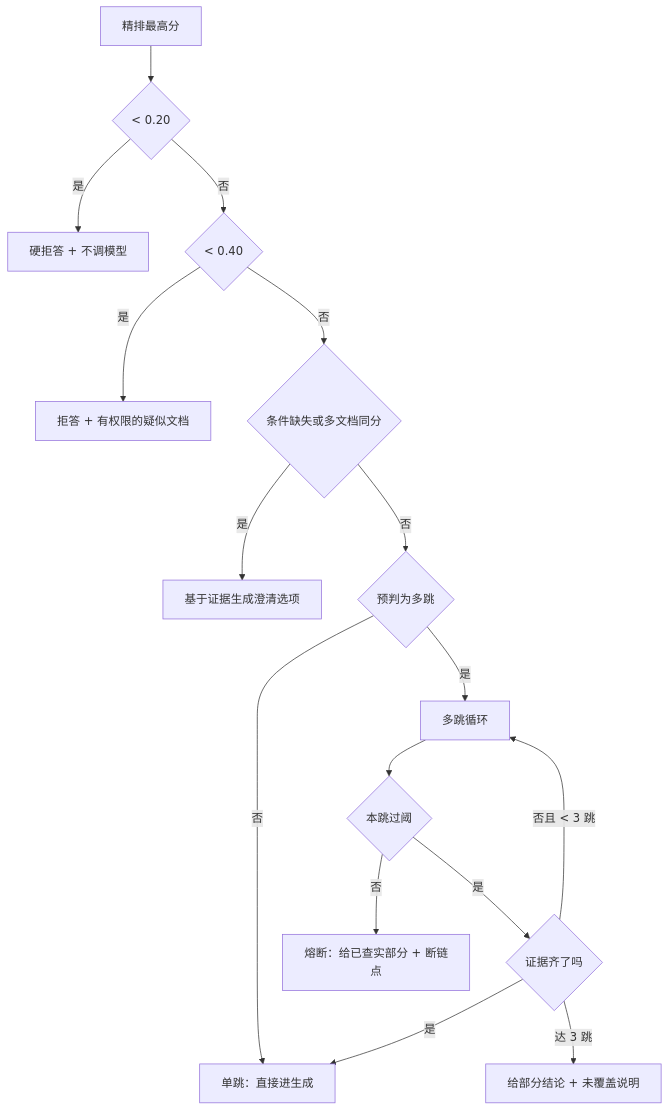
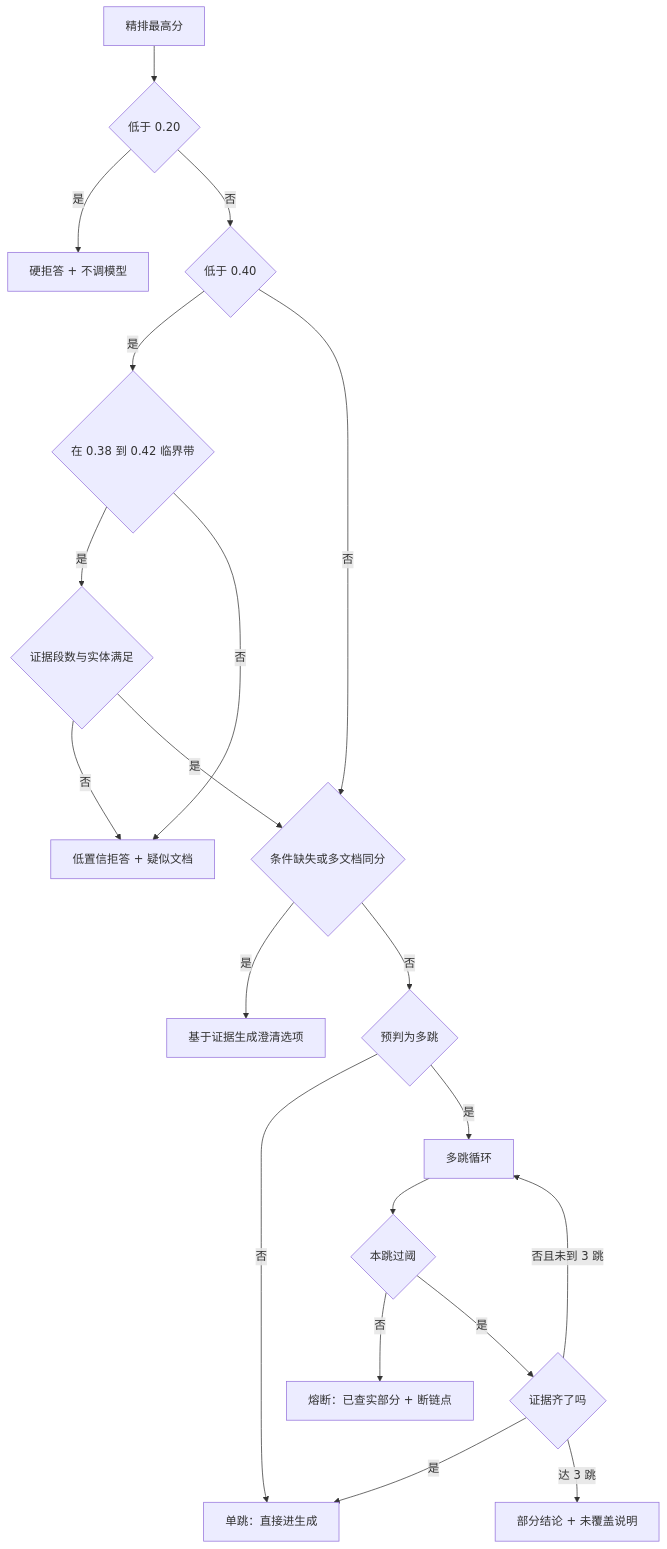
One commit to kvchen95/ai-rag changed diagram 12 of 16 in 详细设计.md. Above: the diagram before and after it, drawn with Mermaid. The commit also changed other lines of this file and 4 other files, not shown here.

First line of the commit message:
docs: 按当前实现重写架构图集、概要设计与详细设计

````diff
--- a/详细设计.md
+++ b/详细设计.md
@@ -631,18 +683,22 @@
 ```mermaid
 flowchart TD
-    S["精排最高分"] --> A{"< 0.20"}
+    S["精排最高分"] --> A{"低于 0.20"}
     A -- 是 --> R1["硬拒答 + 不调模型"]
-    A -- 否 --> B{"< 0.40"}
-    B -- 是 --> R2["拒答 + 有权限的疑似文档"]
+    A -- 否 --> B{"低于 0.40"}
+    B -- 是 --> BL{"在 0.38 到 0.42 临界带"}
+    BL -- 是 --> AUX{"证据段数与实体满足"}
+    AUX -- 否 --> R2["低置信拒答 + 疑似文档"]
+    AUX -- 是 --> C
+    BL -- 否 --> R2
     B -- 否 --> C{"条件缺失或多文档同分"}
     C -- 是 --> R3["基于证据生成澄清选项"]
     C -- 否 --> D{"预判为多跳"}
     D -- 否 --> G["单跳：直接进生成"]
     D -- 是 --> H["多跳循环"]
     H --> H1{"本跳过阈"}
-    H1 -- 否 --> R4["熔断：给已查实部分 + 断链点"]
+    H1 -- 否 --> R4["熔断：已查实部分 + 断链点"]
     H1 -- 是 --> H2{"证据齐了吗"}
-    H2 -- 否且 < 3 跳 --> H
+    H2 -- 否且未到 3 跳 --> H
     H2 -- 是 --> G
-    H2 -- 达 3 跳 --> R5["给部分结论 + 未覆盖说明"]
+    H2 -- 达 3 跳 --> R5["部分结论 + 未覆盖说明"]
 ```
````
